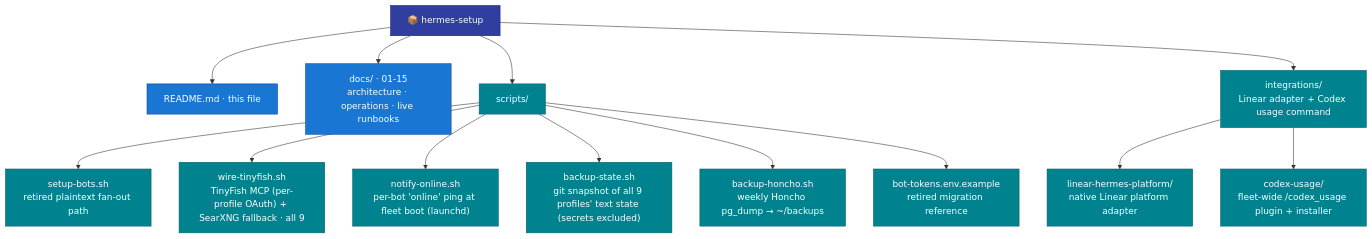
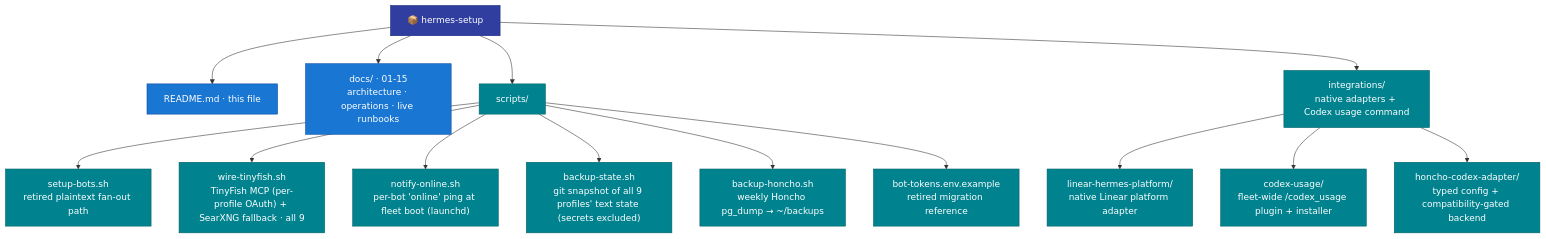
One commit to mpolatcan/hermes-setup changed the fifth of 5 diagrams in README.md. Above: the diagram before and after it, drawn with Mermaid. The commit also changed other lines of this file and 18 other files, not shown here.

Commit message:
Harden Honcho adapter compatibility boundary

````diff
--- a/README.md
+++ b/README.md
@@ -292,19 +298,20 @@
 ```mermaid
 flowchart TB
     root["📦 hermes-setup"]:::root
     root --> readme["README.md · this file"]:::doc
     root --> docs["docs/ · 01-15<br/>architecture · operations · live runbooks"]:::doc
     root --> scripts["scripts/"]:::svc
-    root --> integrations["integrations/<br/>Linear adapter + Codex usage command"]:::svc
+    root --> integrations["integrations/<br/>native adapters + Codex usage command"]:::svc
     integrations --> lin["linear-hermes-platform/<br/>native Linear platform adapter"]:::svc
     integrations --> cu["codex-usage/<br/>fleet-wide /codex_usage plugin + installer"]:::svc
+    integrations --> hc["honcho-codex-adapter/<br/>typed config + compatibility-gated backend"]:::svc
     scripts --> sb["setup-bots.sh<br/>retired plaintext fan-out path"]:::svc
     scripts --> wt["wire-tinyfish.sh<br/>TinyFish MCP (per-profile OAuth) + SearXNG fallback · all 9"]:::svc
     scripts --> no["notify-online.sh<br/>per-bot 'online' ping at fleet boot (launchd)"]:::svc
     scripts --> bs["backup-state.sh<br/>git snapshot of all 9 profiles' text state (secrets excluded)"]:::svc
     scripts --> bh["backup-honcho.sh<br/>weekly Honcho pg_dump → ~/backups"]:::svc
     scripts --> ex["bot-tokens.env.example<br/>retired migration reference"]:::svc
     classDef root fill:#303F9F,stroke:#1A237E,color:#fff
     classDef doc fill:#1976D2,stroke:#0D47A1,color:#fff
     classDef svc fill:#00838F,stroke:#006064,color:#fff
 ```
````
